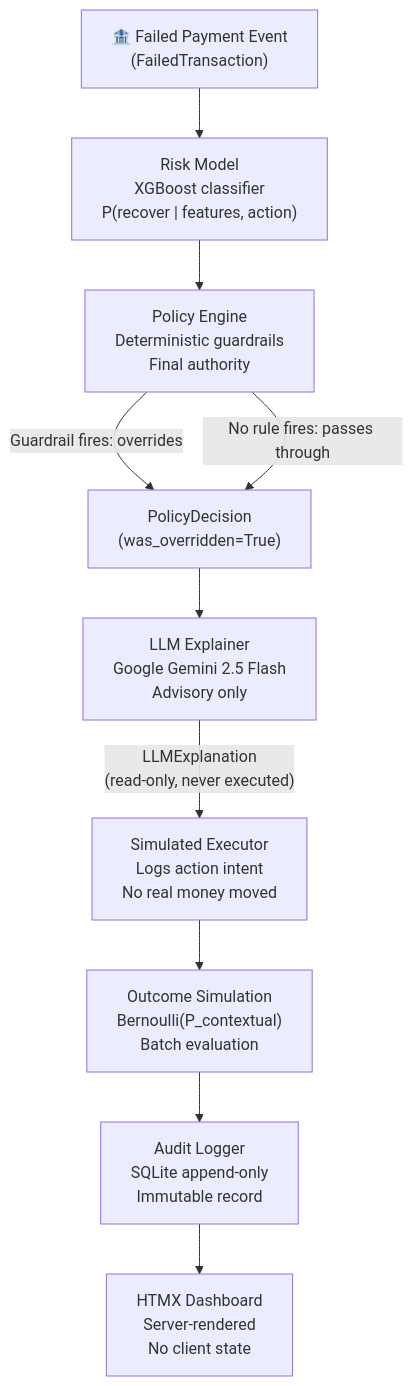
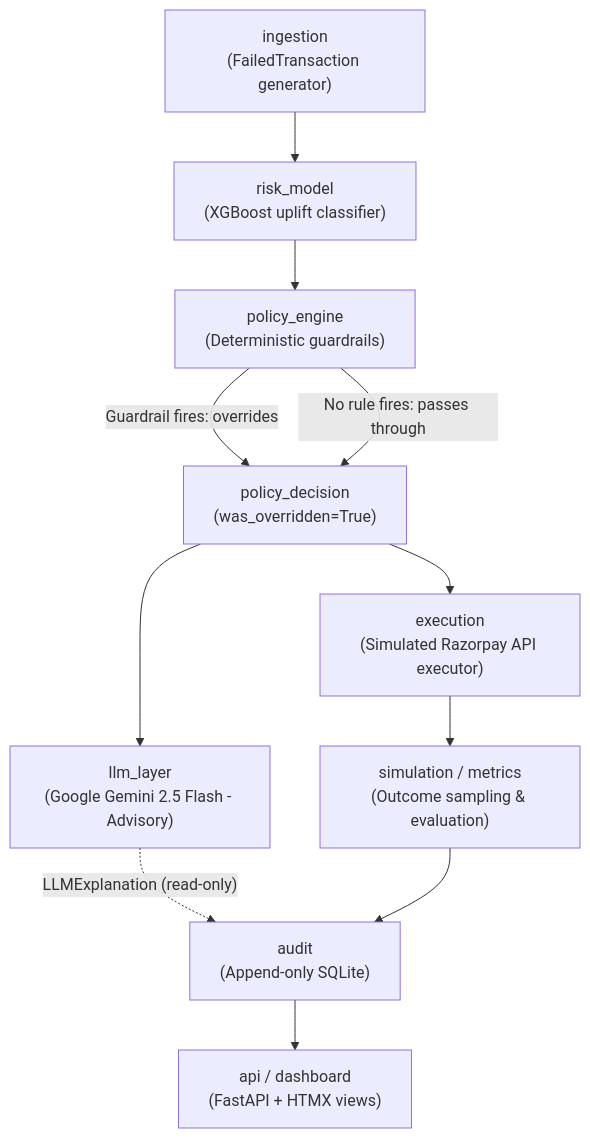
Before and after one commit to Dinesh-kumar9/Razorpay: the diagram in ARCHITECTURE.md, drawn with Mermaid. The commit also changed other lines of this file and 1 other file, not shown here.

Commit message:
docs: add ARCHITECTURE.md pipeline specifications, ADR 0004 Gemini addendum, and final closing pass

````diff
--- a/ARCHITECTURE.md
+++ b/ARCHITECTURE.md
@@ -22,12 +23,13 @@
 ```mermaid
 flowchart TD
-    A["🏦 Failed Payment Event\n(FailedTransaction)"] --> B["Risk Model\nXGBoost classifier\nP(recover | features, action)"]
-    B --> C["Policy Engine\nDeterministic guardrails\nFinal authority"]
-    C -->|"Guardrail fires: overrides"| D["PolicyDecision\n(was_overridden=True)"]
+    A["ingestion\n(FailedTransaction generator)"] --> B["risk_model\n(XGBoost uplift classifier)"]
+    B --> C["policy_engine\n(Deterministic guardrails)"]
+    C -->|"Guardrail fires: overrides"| D["policy_decision\n(was_overridden=True)"]
     C -->|"No rule fires: passes through"| D
-    D --> E["LLM Explainer\nGoogle Gemini 2.5 Flash\nAdvisory only"]
-    E -->|"LLMExplanation\n(read-only, never executed)"| F["Simulated Executor\nLogs action intent\nNo real money moved"]
-    F --> G["Outcome Simulation\nBernoulli(P_contextual)\nBatch evaluation"]
-    G --> H["Audit Logger\nSQLite append-only\nImmutable record"]
-    H --> I["HTMX Dashboard\nServer-rendered\nNo client state"]
+    D --> E["llm_layer\n(Google Gemini 2.5 Flash - Advisory)"]
+    E -.->|"LLMExplanation (read-only)"| H["audit\n(Append-only SQLite)"]
+    D --> F["execution\n(Simulated Razorpay API executor)"]
+    F --> G["simulation / metrics\n(Outcome sampling & evaluation)"]
+    G --> H
+    H --> I["api / dashboard\n(FastAPI + HTMX views)"]
 ```
````
